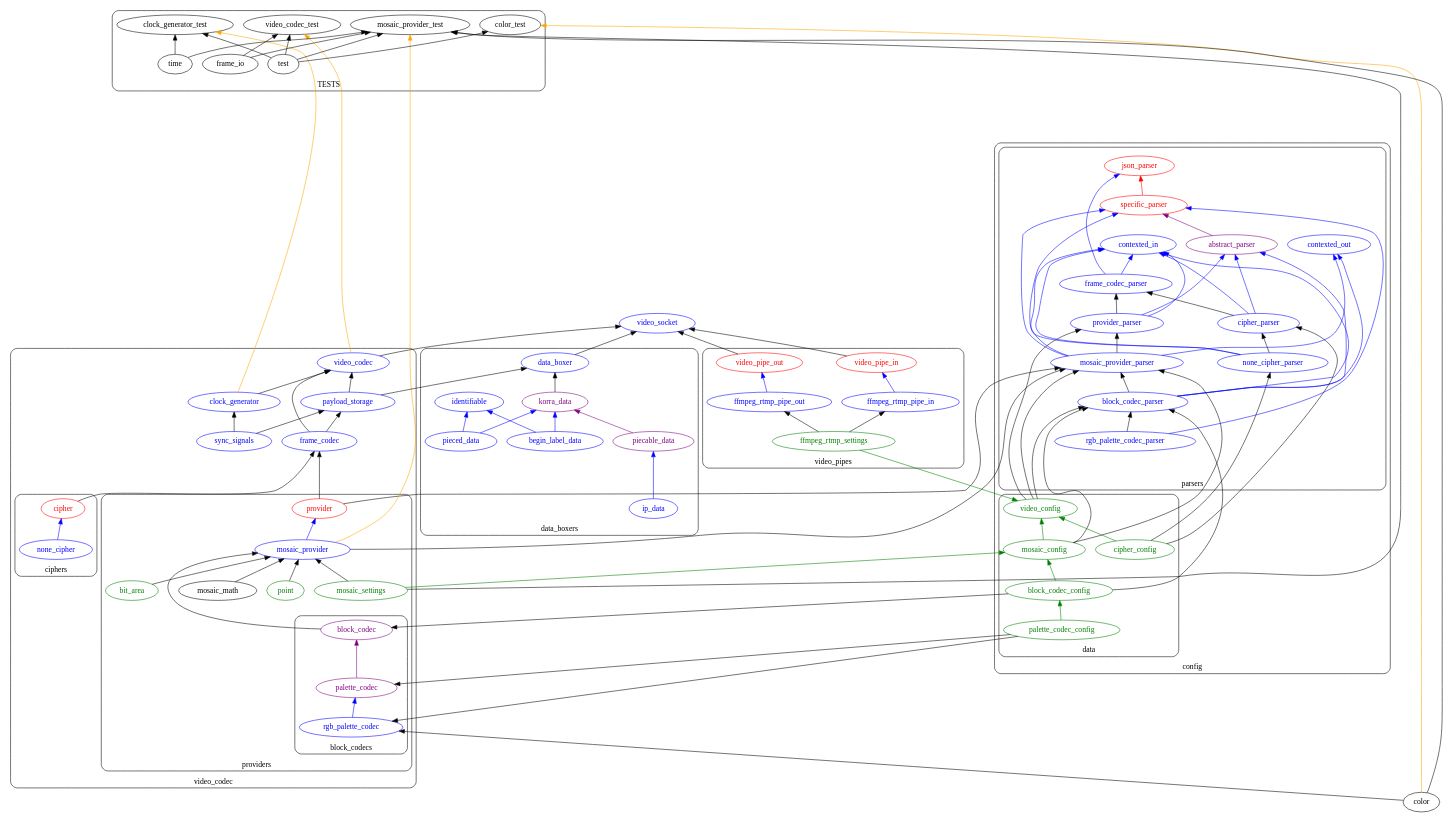
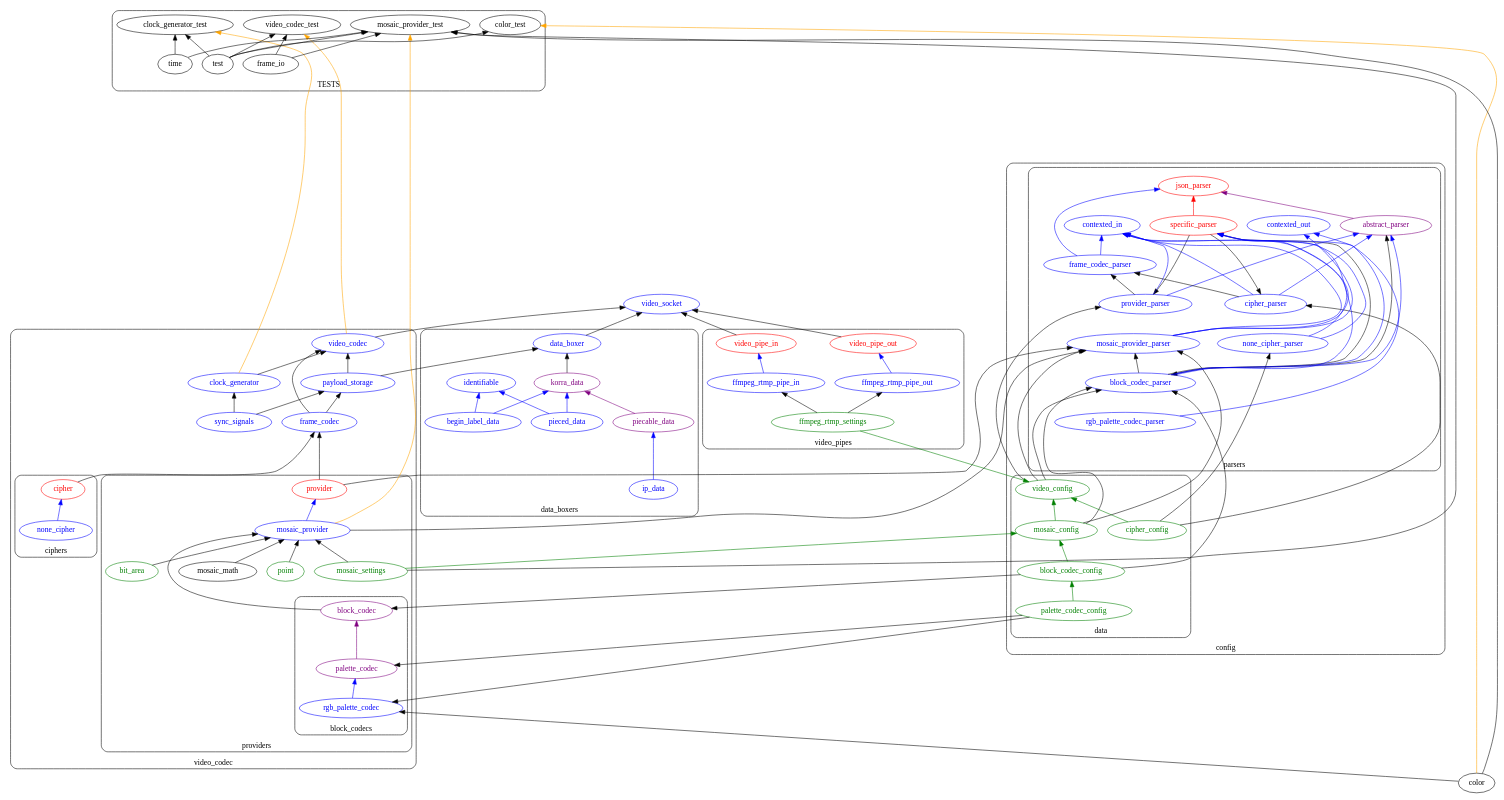
The diagram in docs/architecture.dot (libera-cifero/Korra), drawn with Graphviz before and after one commit. The commit also changed 1 other file, not shown here.

```diff
--- a/docs/architecture.dot
+++ b/docs/architecture.dot
@@ -35,7 +35,7 @@
                     contexted_out [color=blue; fontcolor=blue;];
 
                     specific_parser->json_parser [color=red; ];
-                    abstract_parser->specific_parser [color=purple;]; 
+                    abstract_parser->json_parser [color=purple;]; 
                 }
 
                 subgraph cluster_children {
@@ -55,11 +55,13 @@
                         #            label="block_codec"
                                     block_codec_parser [color=blue; fontcolor=blue;];
                                     rgb_palette_codec_parser [color=blue; fontcolor=blue;];
-                                    #block_codec_parser->rgb_palette_codec_parser;
-                                    rgb_palette_codec_parser->block_codec_parser;
+                                    block_codec_parser->abstract_parser;
+                                    
                                     rgb_palette_codec_parser->specific_parser [color=blue; ];
+                                    rgb_palette_codec_parser->block_codec_parser[color=none;];
                                 }
                                 block_codec_parser->mosaic_provider_parser;
+                                specific_parser -> block_codec_parser;
                             }
                         }
                         subgraph cluster_cipher{
@@ -79,14 +81,16 @@
 
                 none_cipher_parser->specific_parser [color=blue; minlen=2;];
                 none_cipher_parser->contexted_in [color=blue;minlen=2;];
-                none_cipher_parser->cipher_parser;
+                specific_parser->cipher_parser;
+                none_cipher_parser->cipher_parser [color=none;];
                 
                 provider_parser->abstract_parser [color=blue;minlen=2;];
                 provider_parser->contexted_in [color=blue;minlen=2;];
                 provider_parser->frame_codec_parser;
                 
                 mosaic_provider_parser->specific_parser [color=blue;minlen=2;];
-                mosaic_provider_parser->provider_parser;
+                specific_parser->provider_parser;
+                mosaic_provider_parser->provider_parser [color=none;];
                 mosaic_provider_parser->contexted_in [color=blue; minlen=2;];
                 mosaic_provider_parser->contexted_out [color=blue;minlen=2;];
                 mosaic_config->mosaic_provider_parser [minlen=2;];
@@ -249,7 +253,7 @@
 
         provider->mosaic_provider_parser [minlen = 15;];
         mosaic_provider->mosaic_provider_parser [minlen = 15;];
-        ffmpeg_rtmp_settings->video_config [color=green; weight=0;];
+        ffmpeg_rtmp_settings->video_config [color=green; weight=0; ];
 
         video_socket [color=blue; fontcolor=blue;];
         
```
